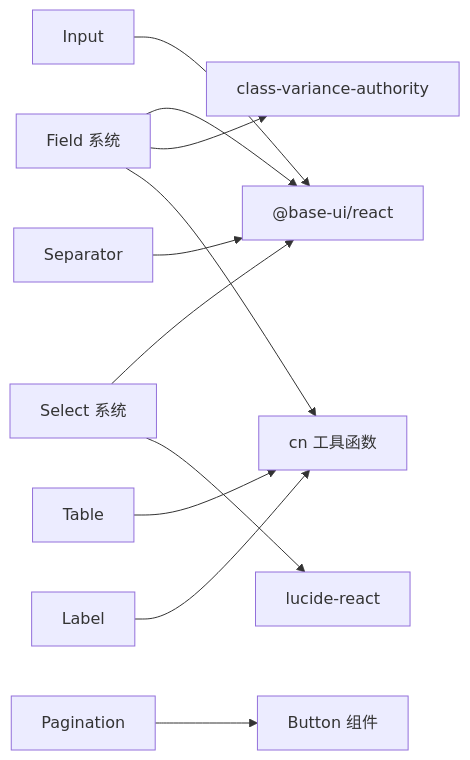
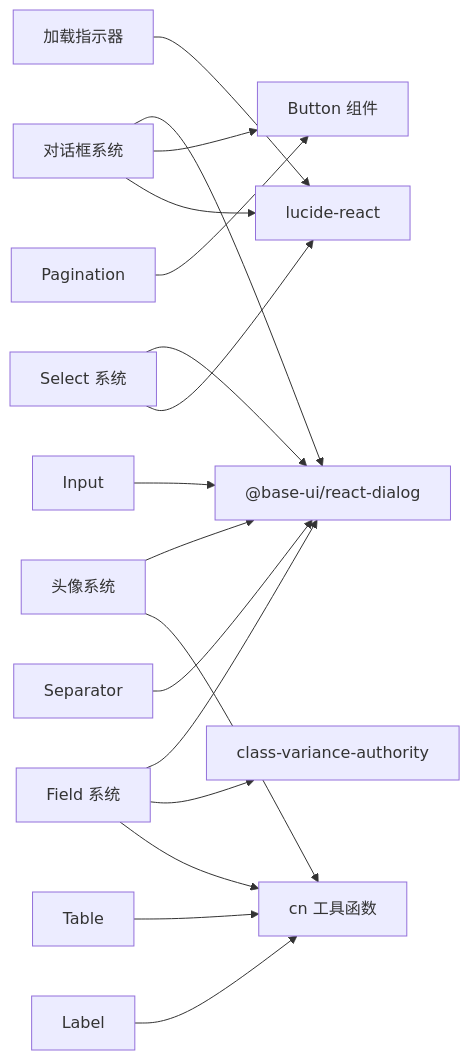
Before and after one commit to HAOFUYANG/nextjs-admin: the sixth of 6 diagrams in .qoder/repowiki/zh/content/UI 组件库/UI 组件库.md, drawn with Mermaid. The commit also changed other lines of this file and 6 other files, not shown here.

````diff
--- a/.qoder/repowiki/zh/content/UI 组件库/UI 组件库.md
+++ b/.qoder/repowiki/zh/content/UI 组件库/UI 组件库.md
@@ -512,13 +586,19 @@
 ```mermaid
 graph LR
-field["Field 系统"] --> baseUI["@base-ui/react"]
+dialog["对话框系统"] --> baseUI["@base-ui/react-dialog"]
+dialog --> button["Button 组件"]
+dialog --> lucide["lucide-react"]
+avatar["头像系统"] --> baseUI
+avatar --> cn["cn 工具函数"]
+spinner["加载指示器"] --> lucide
+field["Field 系统"] --> baseUI
 field --> cva["class-variance-authority"]
-field --> cn["cn 工具函数"]
+field --> cn
 input["Input"] --> baseUI
 select["Select 系统"] --> baseUI
-select --> lucide["lucide-react"]
+select --> lucide
 table["Table"] --> cn
-pagination["Pagination"] --> button["Button 组件"]
+pagination["Pagination"] --> button
 label["Label"] --> cn
 separator["Separator"] --> baseUI
 ```
````
